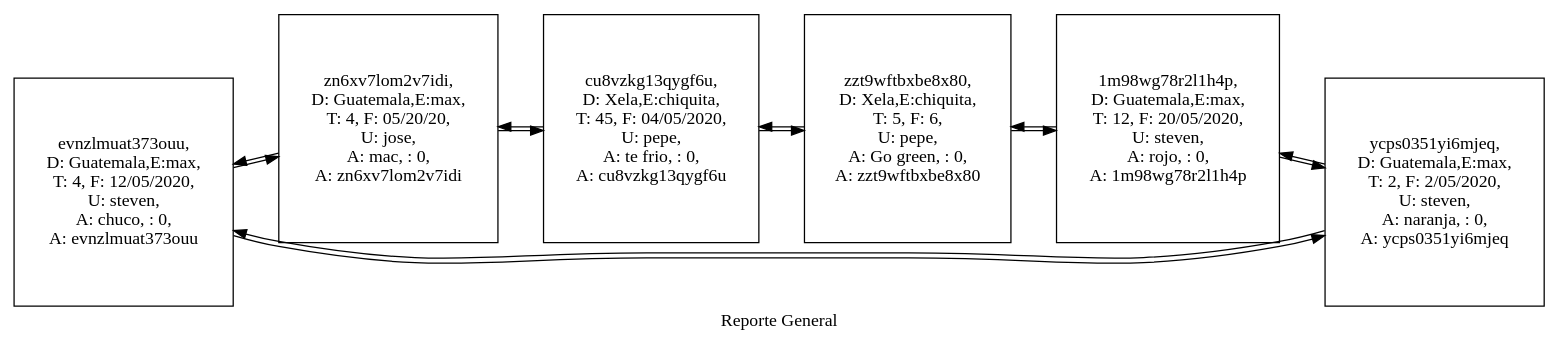
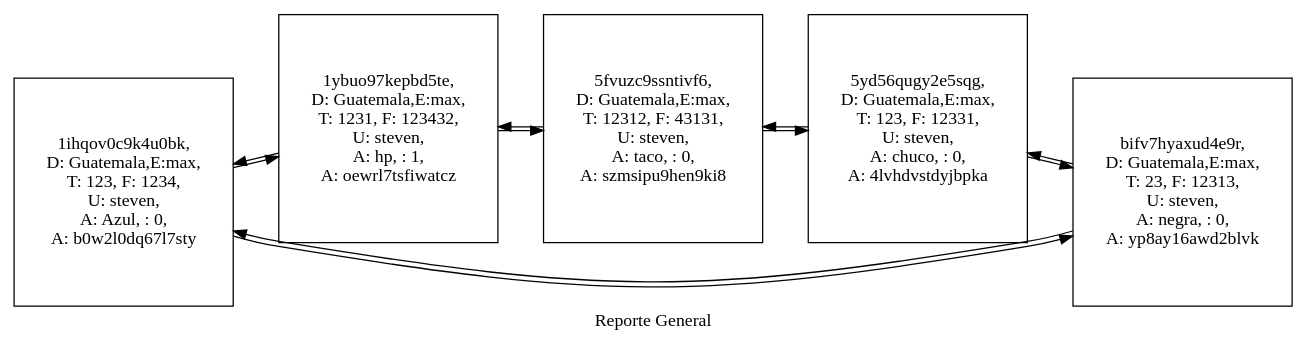
The diagram in PruebaListaCircular.dot (Stevensis/EDD20VJ_Proyecto1), drawn with Graphviz before and after one commit. The commit also changed 21 other files, not shown here.

```diff
--- a/PruebaListaCircular.dot
+++ b/PruebaListaCircular.dot
@@ -1,12 +1,11 @@
 digraph  { 
  nodesep=.05; 
  rankdir=LR; 
  node [shape=record,width=.5,height=2.5]; 
  label="Reporte General"; 
-"evnzlmuat373ouu" [label=" evnzlmuat373ouu,\n D: Guatemala,E:max,\n T: 4, F: 12/05/2020,\n U: steven,\n A: chuco, : 0,\n A: evnzlmuat373ouu"] 
-"evnzlmuat373ouu" -> "zn6xv7lom2v7idi""evnzlmuat373ouu" -> "ycps0351yi6mjeq""zn6xv7lom2v7idi" [label=" zn6xv7lom2v7idi,\n D: Guatemala,E:max,\n T: 4, F: 05/20/20,\n U: jose,\n A: mac, : 0,\n A: zn6xv7lom2v7idi"] 
-"zn6xv7lom2v7idi" -> "cu8vzkg13qygf6u""zn6xv7lom2v7idi" -> "evnzlmuat373ouu""cu8vzkg13qygf6u" [label=" cu8vzkg13qygf6u,\n D: Xela,E:chiquita,\n T: 45, F: 04/05/2020,\n U: pepe,\n A: te frio, : 0,\n A: cu8vzkg13qygf6u"] 
-"cu8vzkg13qygf6u" -> "zzt9wftbxbe8x80""cu8vzkg13qygf6u" -> "zn6xv7lom2v7idi""zzt9wftbxbe8x80" [label=" zzt9wftbxbe8x80,\n D: Xela,E:chiquita,\n T: 5, F: 6,\n U: pepe,\n A: Go green, : 0,\n A: zzt9wftbxbe8x80"] 
-"zzt9wftbxbe8x80" -> "1m98wg78r2l1h4p""zzt9wftbxbe8x80" -> "cu8vzkg13qygf6u""1m98wg78r2l1h4p" [label=" 1m98wg78r2l1h4p,\n D: Guatemala,E:max,\n T: 12, F: 20/05/2020,\n U: steven,\n A: rojo, : 0,\n A: 1m98wg78r2l1h4p"] 
-"1m98wg78r2l1h4p" -> "ycps0351yi6mjeq""1m98wg78r2l1h4p" -> "zzt9wftbxbe8x80""ycps0351yi6mjeq" [label=" ycps0351yi6mjeq,\n D: Guatemala,E:max,\n T: 2, F: 2/05/2020,\n U: steven,\n A: naranja, : 0,\n A: ycps0351yi6mjeq"] 
-"ycps0351yi6mjeq" -> "evnzlmuat373ouu""ycps0351yi6mjeq" -> "1m98wg78r2l1h4p"}
+"1ihqov0c9k4u0bk" [label=" 1ihqov0c9k4u0bk,\n D: Guatemala,E:max,\n T: 123, F: 1234,\n U: steven,\n A: Azul, : 0,\n A: b0w2l0dq67l7sty"] 
+"1ihqov0c9k4u0bk" -> "1ybuo97kepbd5te""1ihqov0c9k4u0bk" -> "bifv7hyaxud4e9r""1ybuo97kepbd5te" [label=" 1ybuo97kepbd5te,\n D: Guatemala,E:max,\n T: 1231, F: 123432,\n U: steven,\n A: hp, : 1,\n A: oewrl7tsfiwatcz"] 
+"1ybuo97kepbd5te" -> "5fvuzc9ssntivf6""1ybuo97kepbd5te" -> "1ihqov0c9k4u0bk""5fvuzc9ssntivf6" [label=" 5fvuzc9ssntivf6,\n D: Guatemala,E:max,\n T: 12312, F: 43131,\n U: steven,\n A: taco, : 0,\n A: szmsipu9hen9ki8"] 
+"5fvuzc9ssntivf6" -> "5yd56qugy2e5sqg""5fvuzc9ssntivf6" -> "1ybuo97kepbd5te""5yd56qugy2e5sqg" [label=" 5yd56qugy2e5sqg,\n D: Guatemala,E:max,\n T: 123, F: 12331,\n U: steven,\n A: chuco, : 0,\n A: 4lvhdvstdyjbpka"] 
+"5yd56qugy2e5sqg" -> "bifv7hyaxud4e9r""5yd56qugy2e5sqg" -> "5fvuzc9ssntivf6""bifv7hyaxud4e9r" [label=" bifv7hyaxud4e9r,\n D: Guatemala,E:max,\n T: 23, F: 12313,\n U: steven,\n A: negra, : 0,\n A: yp8ay16awd2blvk"] 
+"bifv7hyaxud4e9r" -> "1ihqov0c9k4u0bk""bifv7hyaxud4e9r" -> "5yd56qugy2e5sqg"}
```
